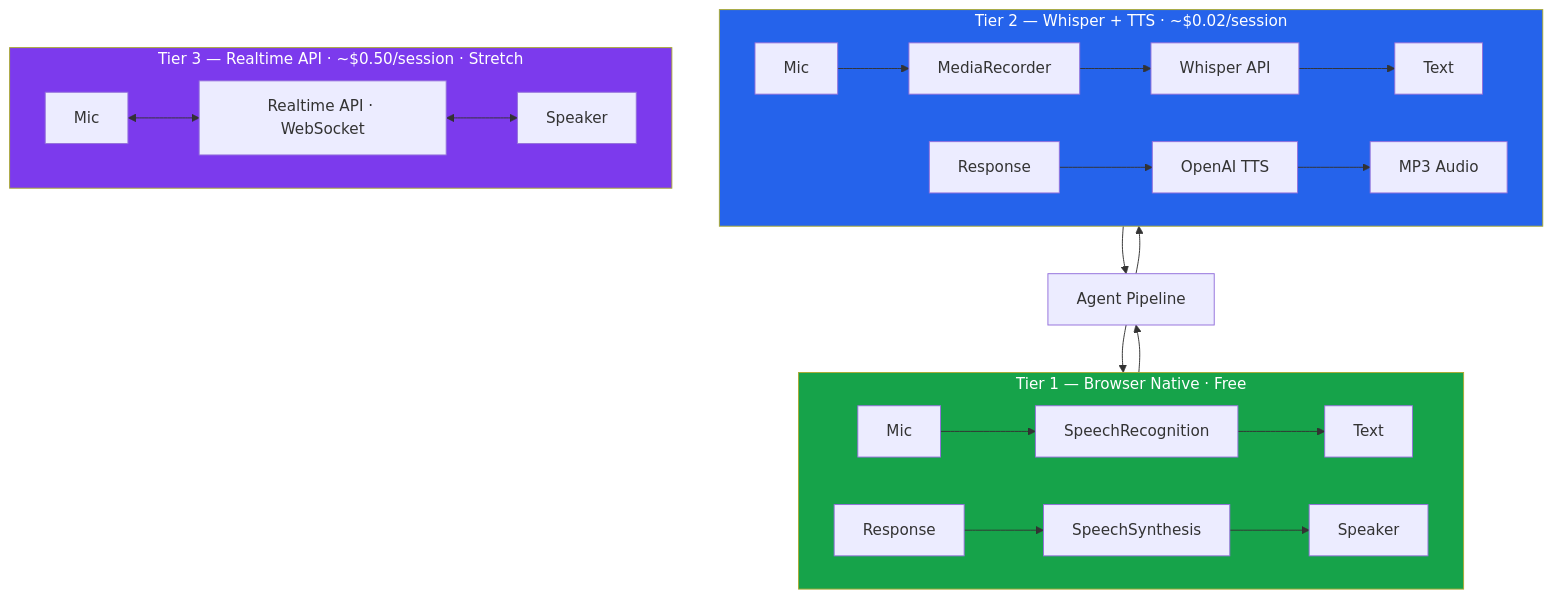
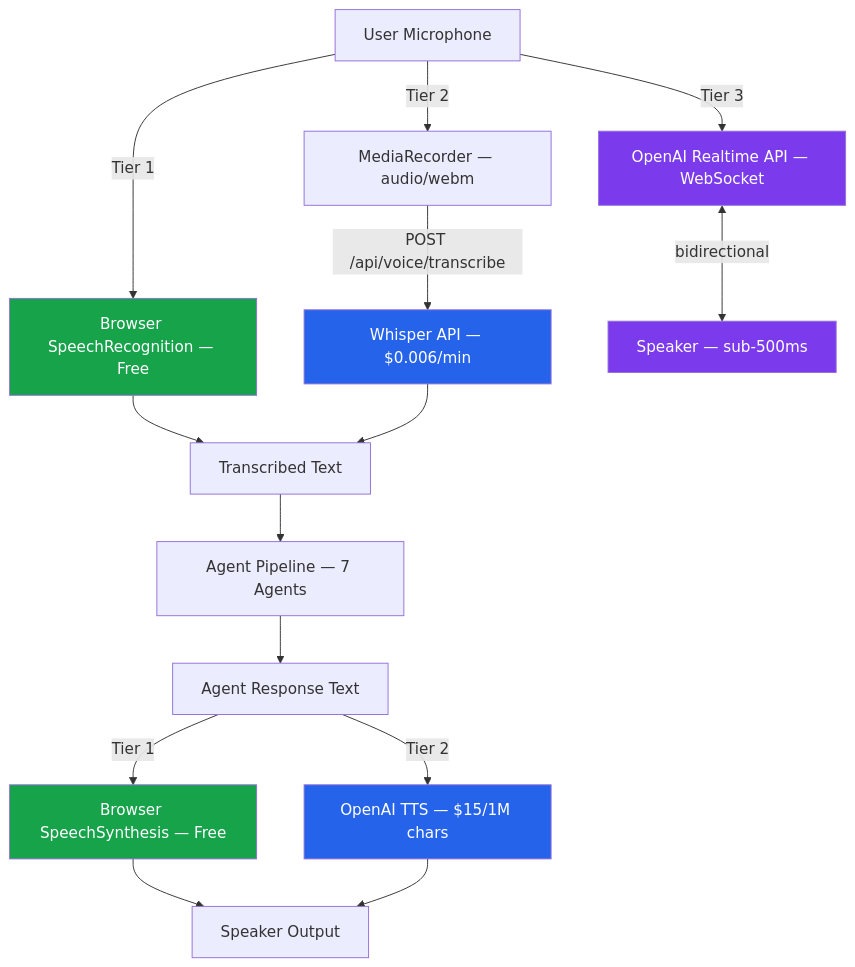
The third of 4 diagrams in README.md (FergieFeng/resume-alignment-engine), drawn with Mermaid before and after one commit. The commit also changed other lines of this file, not shown here.

First line of the commit message:
fix: rewrite all mermaid diagrams for reliable GitHub rendering

````diff
--- a/README.md
+++ b/README.md
@@ -115,28 +117,31 @@
 ```mermaid
 graph TD
-    subgraph T1["Tier 1 — Browser Native · Free"]
-        direction LR
-        M1["Mic"] --> SR["SpeechRecognition"] --> TX1["Text"]
-        RS1["Response"] --> SS["SpeechSynthesis"] --> SP1["Speaker"]
-    end
+    MIC["User Microphone"]
 
-    subgraph T2["Tier 2 — Whisper + TTS · ~$0.02/session"]
-        direction LR
-        M2["Mic"] --> REC["MediaRecorder"] --> WH["Whisper API"] --> TX2["Text"]
-        RS2["Response"] --> TTS["OpenAI TTS"] --> SP2["MP3 Audio"]
-    end
+    MIC -->|Tier 1| SR["Browser SpeechRecognition — Free"]
+    MIC -->|Tier 2| REC["MediaRecorder — audio/webm"]
+    MIC -->|Tier 3| RT["OpenAI Realtime API — WebSocket"]
 
-    subgraph T3["Tier 3 — Realtime API · ~$0.50/session · Stretch"]
-        direction LR
-        M3["Mic"] <--> RT["Realtime API · WebSocket"] <--> SP3["Speaker"]
-    end
+    SR --> TXT["Transcribed Text"]
+    REC -->|POST /api/voice/transcribe| WHISPER["Whisper API — $0.006/min"]
+    WHISPER --> TXT
 
-    TX1 --> PIPE["Agent Pipeline"]
-    TX2 --> PIPE
-    PIPE --> RS1
-    PIPE --> RS2
+    TXT --> PIPE["Agent Pipeline — 7 Agents"]
 
-    style T1 fill:#16a34a,color:#fff
-    style T2 fill:#2563eb,color:#fff
-    style T3 fill:#7c3aed,color:#fff
+    PIPE --> RESP["Agent Response Text"]
+
+    RESP -->|Tier 1| SYNTH["Browser SpeechSynthesis — Free"]
+    RESP -->|Tier 2| TTS["OpenAI TTS — $15/1M chars"]
+
+    SYNTH --> SPK["Speaker Output"]
+    TTS --> SPK
+
+    RT <-->|bidirectional| SPK_RT["Speaker — sub-500ms"]
+
+    style SR fill:#16a34a,color:#fff
+    style SYNTH fill:#16a34a,color:#fff
+    style WHISPER fill:#2563eb,color:#fff
+    style TTS fill:#2563eb,color:#fff
+    style RT fill:#7c3aed,color:#fff
+    style SPK_RT fill:#7c3aed,color:#fff
 ```
````
